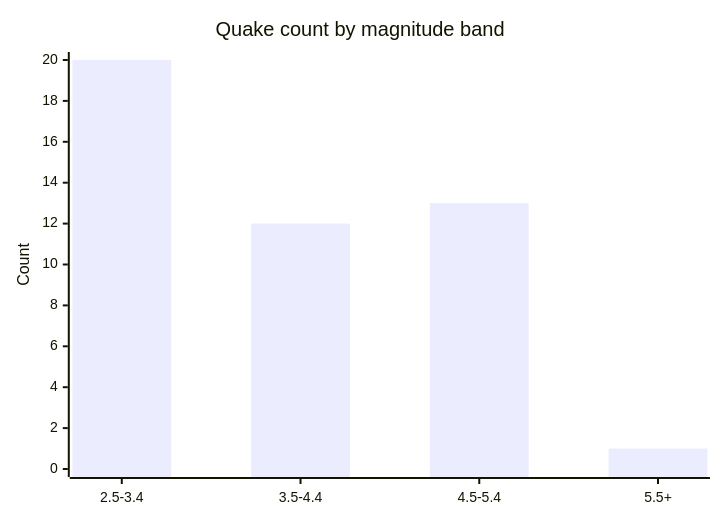
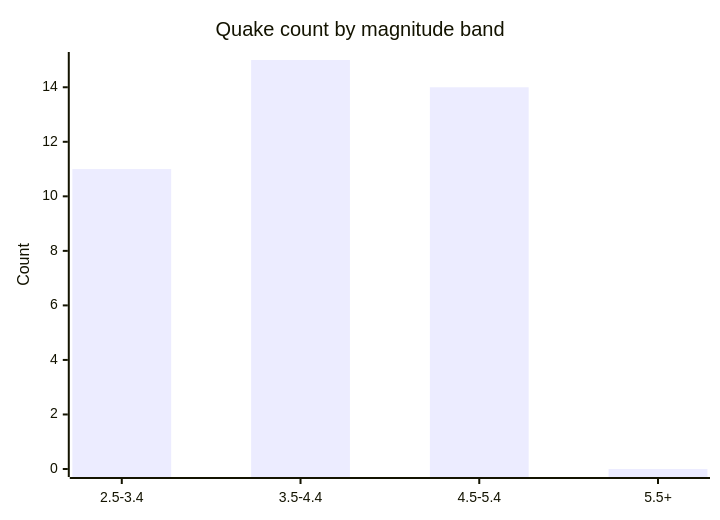
Before and after one commit to Midwest-Stratospheric/aerostratospheric-defense-gir: the fifth of 6 diagrams in docs/GRAPHS.md, drawn with Mermaid. The commit also changed other lines of this file and 23 other files, not shown here.

````diff
--- a/docs/GRAPHS.md
+++ b/docs/GRAPHS.md
@@ -82,7 +82,7 @@
 ```mermaid
 xychart-beta
   title "Quake count by magnitude band"
   x-axis ["2.5-3.4", "3.5-4.4", "4.5-5.4", "5.5+"]
-  y-axis "Count" 0 --> 20
-  bar [20, 12, 13, 1]
+  y-axis "Count" 0 --> 15
+  bar [11, 15, 14, 0]
 ```
````
